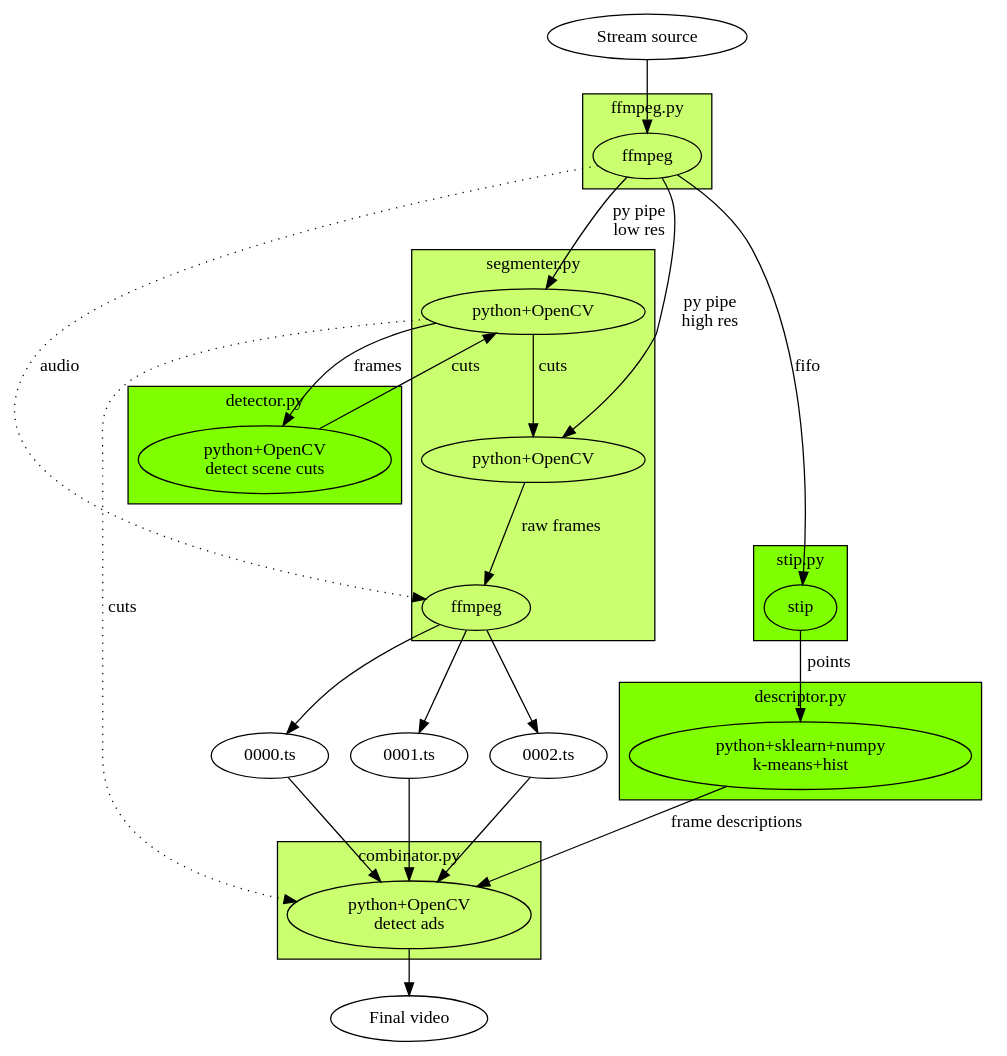
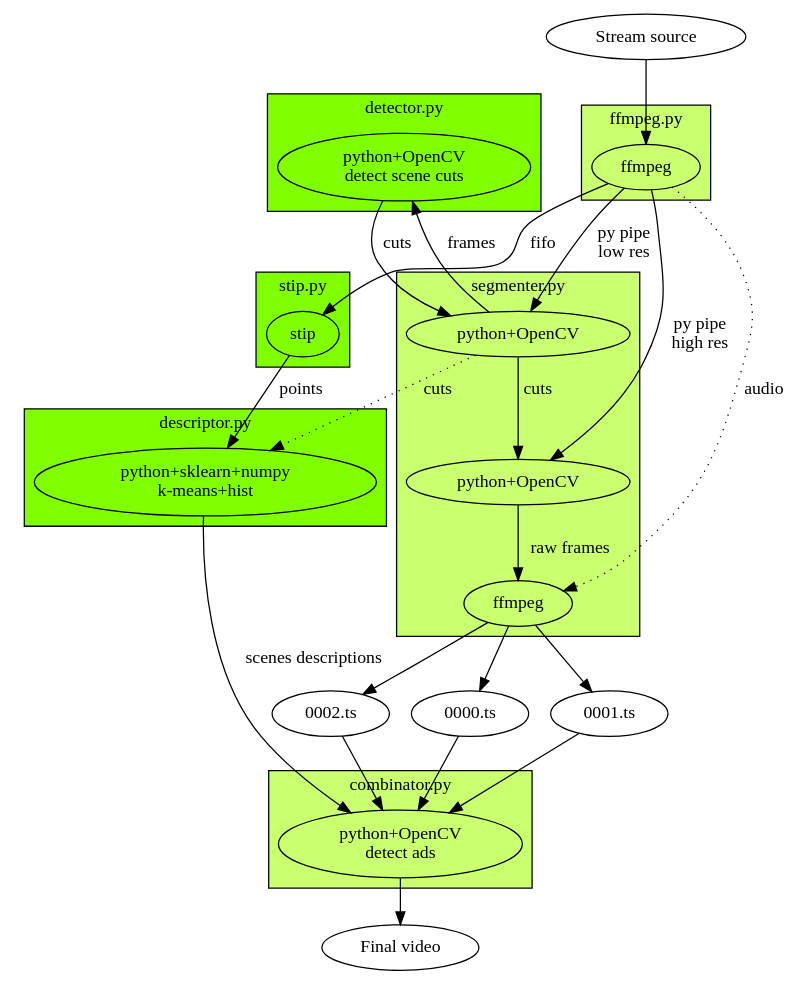
One commit to ilyaluk/detect_ads changed the diagram in graph.gv. Above: the diagram before and after it, drawn with Graphviz. The commit also changed 5 other files, not shown here.

```diff
--- a/graph.gv
+++ b/graph.gv
@@ -1,58 +1,59 @@
 digraph G {
 	subgraph cluster_0 {
 		a0[label="ffmpeg"];
 		label = "ffmpeg.py";
 		bgcolor = "darkolivegreen1";
 	}
 	subgraph cluster_1 {
 		b0[label="stip"];
 		label = "stip.py";
 		bgcolor = "chartreuse";
 	}
 	subgraph cluster_2 {
-		c0[label="python+sklearn+numpy\nk-means+hist"];
-		label = "descriptor.py";
+		f0[label="python+OpenCV\ndetect scene cuts"];
+		label = "detector.py";
 		bgcolor = "chartreuse";
 	}
 	subgraph cluster_3 {
 		d0[label="python+OpenCV\n"];
 		d1[label="python+OpenCV\n"];
 		d2[label="ffmpeg\n"];
 		d0 -> d1[label="cuts"];
 		d1 -> d2[label="raw frames"];
 		label = "segmenter.py";
 		bgcolor = "darkolivegreen1";
 	}
 	subgraph cluster_4 {
 		e0[label="python+OpenCV\ndetect ads"];
 		label = "combinator.py";
 		bgcolor = "darkolivegreen1";
 	}
 	subgraph cluster_5 {
-		f0[label="python+OpenCV\ndetect scene cuts"];
-		label = "detector.py";
+		c0[label="python+sklearn+numpy\nk-means+hist"];
+		label = "descriptor.py";
 		bgcolor = "chartreuse";
 	}
+
 	ss[label="Stream source"]
 	ss -> a0;
 	a0 -> b0[label="fifo"];
 	b0 -> c0[label="points"];
 	a0 -> d0[label="py pipe\nlow res"];
 	a0 -> d1[label="py pipe\nhigh res"];
 	d3 -> e0;
 	d4 -> e0;
 	d5 -> e0;
-	c0 -> e0[label="frame descriptions"];
+	c0 -> e0[label="scenes descriptions"];
 	d0 -> f0[label="frames"];
 	f0 -> d0[label="cuts"];
 	a0 -> d2[label="audio",style="dotted"]
-	d0 -> e0[label="cuts",style="dotted"]
+	d0 -> c0[label="cuts",style="dotted"]
 	d3[label="0000.ts"];
 	d4[label="0001.ts"];
 	d5[label="0002.ts"];
 	d2 -> d3;
 	d2 -> d4;
 	d2 -> d5;
 	fv[label="Final video"];
 	e0 -> fv;
 }
```
